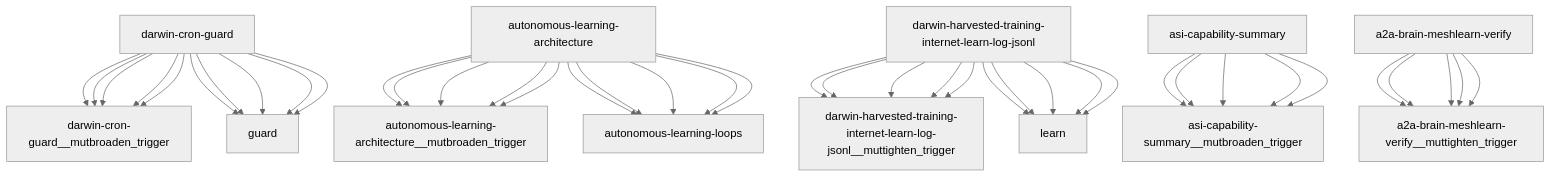
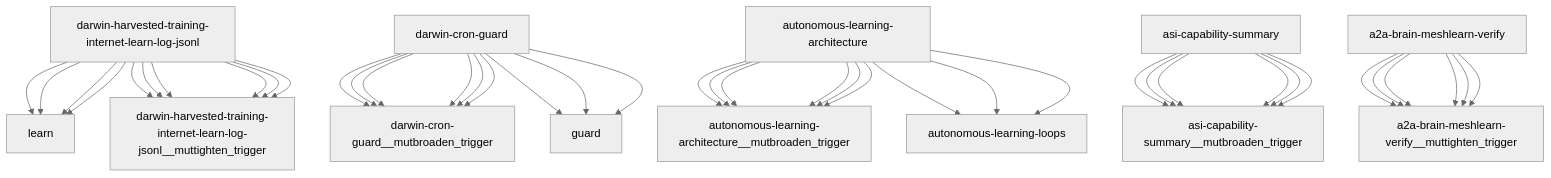
Before and after one commit to openamer/openamer: the diagram in reports/darwin-report.md, drawn with Mermaid (neutral theme). The commit also changed other lines of this file and 11 other files, not shown here.

````diff
--- a/reports/darwin-report.md
+++ b/reports/darwin-report.md
@@ -75,43 +75,43 @@
 ```mermaid
 graph TD
-    darwin-cron-guard["darwin-cron-guard"] --> darwin-cron-guard__mutbroaden_trigger["darwin-cron-guard__mutbroaden_trigger"]
-    autonomous-learning-architecture["autonomous-learning-architecture"] --> autonomous-learning-architecture__mutbroaden_trigger["autonomous-learning-architecture__mutbroaden_trigger"]
-    darwin-harvested-training-internet-learn-log-jsonl["darwin-harvested-training-internet-learn-log-jsonl"] --> darwin-harvested-training-internet-learn-log-jsonl__muttighten_trigger["darwin-harvested-training-internet-learn-log-jsonl__muttighten_trigger"]
-    asi-capability-summary["asi-capability-summary"] --> asi-capability-summary__mutbroaden_trigger["asi-capability-summary__mutbroaden_trigger"]
-    a2a-brain-meshlearn-verify["a2a-brain-meshlearn-verify"] --> a2a-brain-meshlearn-verify__muttighten_trigger["a2a-brain-meshlearn-verify__muttighten_trigger"]
-    darwin-cron-guard["darwin-cron-guard"] --> guard["guard"]
-    autonomous-learning-architecture["autonomous-learning-architecture"] --> autonomous-learning-loops["autonomous-learning-loops"]
     darwin-harvested-training-internet-learn-log-jsonl["darwin-harvested-training-internet-learn-log-jsonl"] --> learn["learn"]
     darwin-cron-guard["darwin-cron-guard"] --> darwin-cron-guard__mutbroaden_trigger["darwin-cron-guard__mutbroaden_trigger"]
     autonomous-learning-architecture["autonomous-learning-architecture"] --> autonomous-learning-architecture__mutbroaden_trigger["autonomous-learning-architecture__mutbroaden_trigger"]
     darwin-harvested-training-internet-learn-log-jsonl["darwin-harvested-training-internet-learn-log-jsonl"] --> darwin-harvested-training-internet-learn-log-jsonl__muttighten_trigger["darwin-harvested-training-internet-learn-log-jsonl__muttighten_trigger"]
     asi-capability-summary["asi-capability-summary"] --> asi-capability-summary__mutbroaden_trigger["asi-capability-summary__mutbroaden_trigger"]
     a2a-brain-meshlearn-verify["a2a-brain-meshlearn-verify"] --> a2a-brain-meshlearn-verify__muttighten_trigger["a2a-brain-meshlearn-verify__muttighten_trigger"]
-    darwin-cron-guard["darwin-cron-guard"] --> guard["guard"]
-    autonomous-learning-architecture["autonomous-learning-architecture"] --> autonomous-learning-loops["autonomous-learning-loops"]
-    darwin-harvested-training-internet-learn-log-jsonl["darwin-harvested-training-internet-learn-log-jsonl"] --> learn["learn"]
+    darwin-cron-guard["darwin-cron-guard"] --> darwin-cron-guard__mutbroaden_trigger["darwin-cron-guard__mutbroaden_trigger"]
+    autonomous-learning-architecture["autonomous-learning-architecture"] --> autonomous-learning-architecture__mutbroaden_trigger["autonomous-learning-architecture__mutbroaden_trigger"]
+    darwin-harvested-training-internet-learn-log-jsonl["darwin-harvested-training-internet-learn-log-jsonl"] --> darwin-harvested-training-internet-learn-log-jsonl__muttighten_trigger["darwin-harvested-training-internet-learn-log-jsonl__muttighten_trigger"]
+    asi-capability-summary["asi-capability-summary"] --> asi-capability-summary__mutbroaden_trigger["asi-capability-summary__mutbroaden_trigger"]
+    a2a-brain-meshlearn-verify["a2a-brain-meshlearn-verify"] --> a2a-brain-meshlearn-verify__muttighten_trigger["a2a-brain-meshlearn-verify__muttighten_trigger"]
+    darwin-cron-guard["darwin-cron-guard"] --> darwin-cron-guard__mutbroaden_trigger["darwin-cron-guard__mutbroaden_trigger"]
+    autonomous-learning-architecture["autonomous-learning-architecture"] --> autonomous-learning-architecture__mutbroaden_trigger["autonomous-learning-architecture__mutbroaden_trigger"]
+    darwin-harvested-training-internet-learn-log-jsonl["darwin-harvested-training-internet-learn-log-jsonl"] --> darwin-harvested-training-internet-learn-log-jsonl__muttighten_trigger["darwin-harvested-training-internet-learn-log-jsonl__muttighten_trigger"]
+    asi-capability-summary["asi-capability-summary"] --> asi-capability-summary__mutbroaden_trigger["asi-capability-summary__mutbroaden_trigger"]
+    a2a-brain-meshlearn-verify["a2a-brain-meshlearn-verify"] --> a2a-brain-meshlearn-verify__muttighten_trigger["a2a-brain-meshlearn-verify__muttighten_trigger"]
     darwin-cron-guard["darwin-cron-guard"] --> darwin-cron-guard__mutbroaden_trigger["darwin-cron-guard__mutbroaden_trigger"]
     autonomous-learning-architecture["autonomous-learning-architecture"] --> autonomous-learning-architecture__mutbroaden_trigger["autonomous-learning-architecture__mutbroaden_trigger"]
     darwin-harvested-training-internet-learn-log-jsonl["darwin-harvested-training-internet-learn-log-jsonl"] --> darwin-harvested-training-internet-learn-log-jsonl__muttighten_trigger["darwin-harvested-training-internet-learn-log-jsonl__muttighten_trigger"]
     asi-capability-summary["asi-capability-summary"] --> asi-capability-summary__mutbroaden_trigger["asi-capability-summary__mutbroaden_trigger"]
     a2a-brain-meshlearn-verify["a2a-brain-meshlearn-verify"] --> a2a-brain-meshlearn-verify__muttighten_trigger["a2a-brain-meshlearn-verify__muttighten_trigger"]
     darwin-cron-guard["darwin-cron-guard"] --> guard["guard"]
     autonomous-learning-architecture["autonomous-learning-architecture"] --> autonomous-learning-loops["autonomous-learning-loops"]
     darwin-harvested-training-internet-learn-log-jsonl["darwin-harvested-training-internet-learn-log-jsonl"] --> learn["learn"]
     darwin-cron-guard["darwin-cron-guard"] --> darwin-cron-guard__mutbroaden_trigger["darwin-cron-guard__mutbroaden_trigger"]
     autonomous-learning-architecture["autonomous-learning-architecture"] --> autonomous-learning-architecture__mutbroaden_trigger["autonomous-learning-architecture__mutbroaden_trigger"]
     darwin-harvested-training-internet-learn-log-jsonl["darwin-harvested-training-internet-learn-log-jsonl"] --> darwin-harvested-training-internet-learn-log-jsonl__muttighten_trigger["darwin-harvested-training-internet-learn-log-jsonl__muttighten_trigger"]
     asi-capability-summary["asi-capability-summary"] --> asi-capability-summary__mutbroaden_trigger["asi-capability-summary__mutbroaden_trigger"]
     a2a-brain-meshlearn-verify["a2a-brain-meshlearn-verify"] --> a2a-brain-meshlearn-verify__muttighten_trigger["a2a-brain-meshlearn-verify__muttighten_trigger"]
     darwin-cron-guard["darwin-cron-guard"] --> guard["guard"]
     autonomous-learning-architecture["autonomous-learning-architecture"] --> autonomous-learning-loops["autonomous-learning-loops"]
     darwin-harvested-training-internet-learn-log-jsonl["darwin-harvested-training-internet-learn-log-jsonl"] --> learn["learn"]
     darwin-cron-guard["darwin-cron-guard"] --> darwin-cron-guard__mutbroaden_trigger["darwin-cron-guard__mutbroaden_trigger"]
     autonomous-learning-architecture["autonomous-learning-architecture"] --> autonomous-learning-architecture__mutbroaden_trigger["autonomous-learning-architecture__mutbroaden_trigger"]
     darwin-harvested-training-internet-learn-log-jsonl["darwin-harvested-training-internet-learn-log-jsonl"] --> darwin-harvested-training-internet-learn-log-jsonl__muttighten_trigger["darwin-harvested-training-internet-learn-log-jsonl__muttighten_trigger"]
     asi-capability-summary["asi-capability-summary"] --> asi-capability-summary__mutbroaden_trigger["asi-capability-summary__mutbroaden_trigger"]
     a2a-brain-meshlearn-verify["a2a-brain-meshlearn-verify"] --> a2a-brain-meshlearn-verify__muttighten_trigger["a2a-brain-meshlearn-verify__muttighten_trigger"]
     darwin-cron-guard["darwin-cron-guard"] --> guard["guard"]
     autonomous-learning-architecture["autonomous-learning-architecture"] --> autonomous-learning-loops["autonomous-learning-loops"]
     darwin-harvested-training-internet-learn-log-jsonl["darwin-harvested-training-internet-learn-log-jsonl"] --> learn["learn"]
 ```
````
